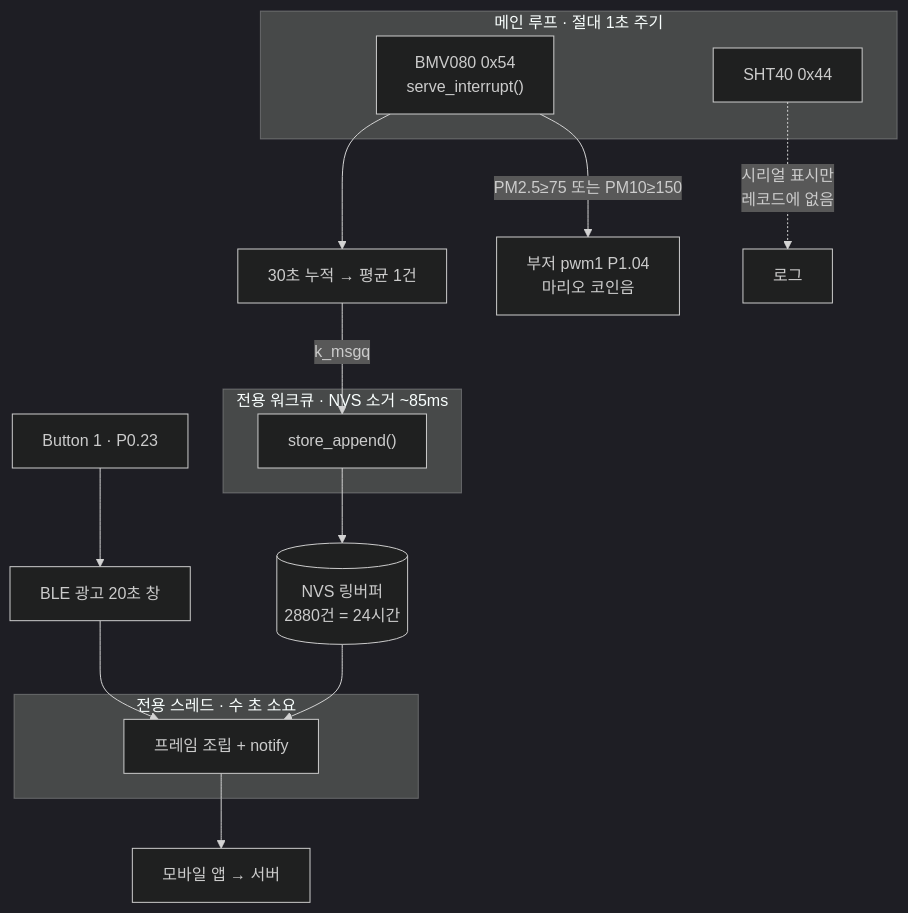
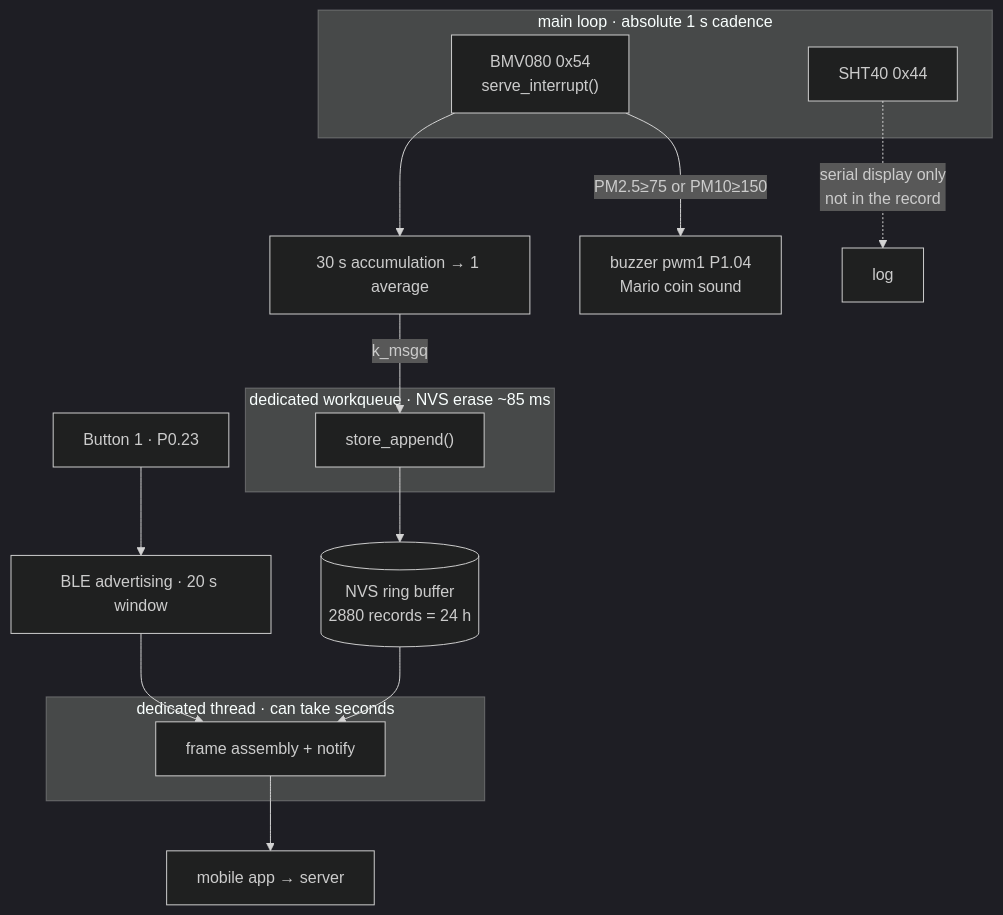
The first of 2 diagrams in README.md (JeonJunYoung-hub/Sentinel-Labs-nRF5340-Wearable), drawn with Mermaid (dark theme) before and after one commit. The commit also changed other lines of this file, not shown here.

````diff
--- a/README.md
+++ b/README.md
@@ -29,34 +30,34 @@
 ```mermaid
 flowchart TD
     BMV["BMV080 0x54<br/>serve_interrupt()"]
     SHT["SHT40 0x44"]
-    ACC["30초 누적 → 평균 1건"]
-    BUZ["부저 pwm1 P1.04<br/>마리오 코인음"]
+    ACC["30 s accumulation → 1 average"]
+    BUZ["buzzer pwm1 P1.04<br/>Mario coin sound"]
     WQ["store_append()"]
-    NVS[("NVS 링버퍼<br/>2880건 = 24시간")]
+    NVS[("NVS ring buffer<br/>2880 records = 24 h")]
     BTN["Button 1 · P0.23"]
-    ADV["BLE 광고 20초 창"]
-    DUMP["프레임 조립 + notify"]
-    APP["모바일 앱 → 서버"]
+    ADV["BLE advertising · 20 s window"]
+    DUMP["frame assembly + notify"]
+    APP["mobile app → server"]
 
     BMV --> ACC
-    BMV -->|"PM2.5≥75 또는 PM10≥150"| BUZ
-    SHT -.->|"시리얼 표시만<br/>레코드에 없음"| LOG["로그"]
+    BMV -->|"PM2.5≥75 or PM10≥150"| BUZ
+    SHT -.->|"serial display only<br/>not in the record"| LOG["log"]
     ACC -->|k_msgq| WQ
     WQ --> NVS
     BTN --> ADV
     ADV --> DUMP
     NVS --> DUMP
     DUMP --> APP
 
-    subgraph loop["메인 루프 · 절대 1초 주기"]
+    subgraph loop["main loop · absolute 1 s cadence"]
         BMV
         SHT
     end
-    subgraph wq["전용 워크큐 · NVS 소거 ~85ms"]
+    subgraph wq["dedicated workqueue · NVS erase ~85 ms"]
         WQ
     end
-    subgraph th["전용 스레드 · 수 초 소요"]
+    subgraph th["dedicated thread · can take seconds"]
         DUMP
     end
 ```
````
